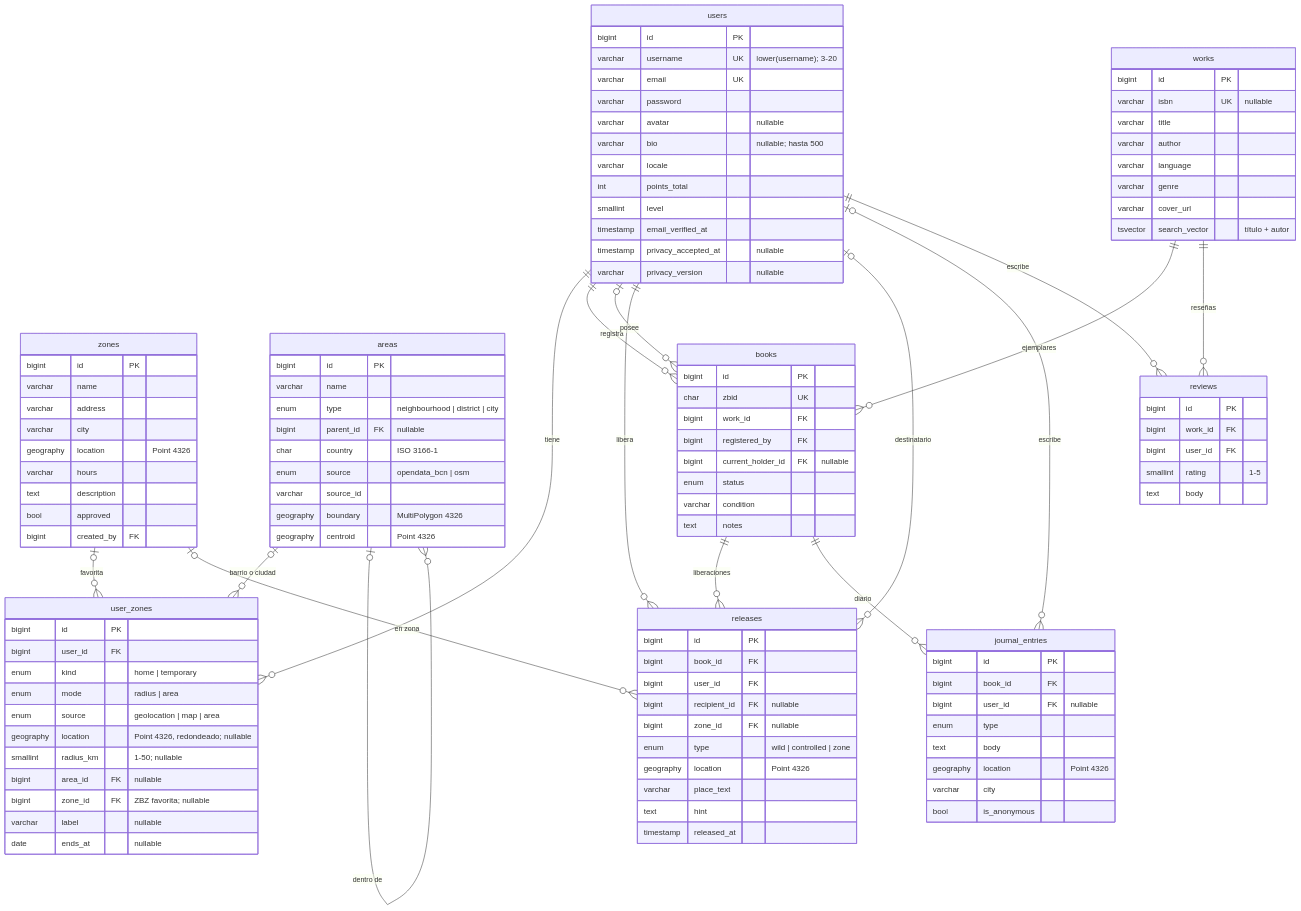
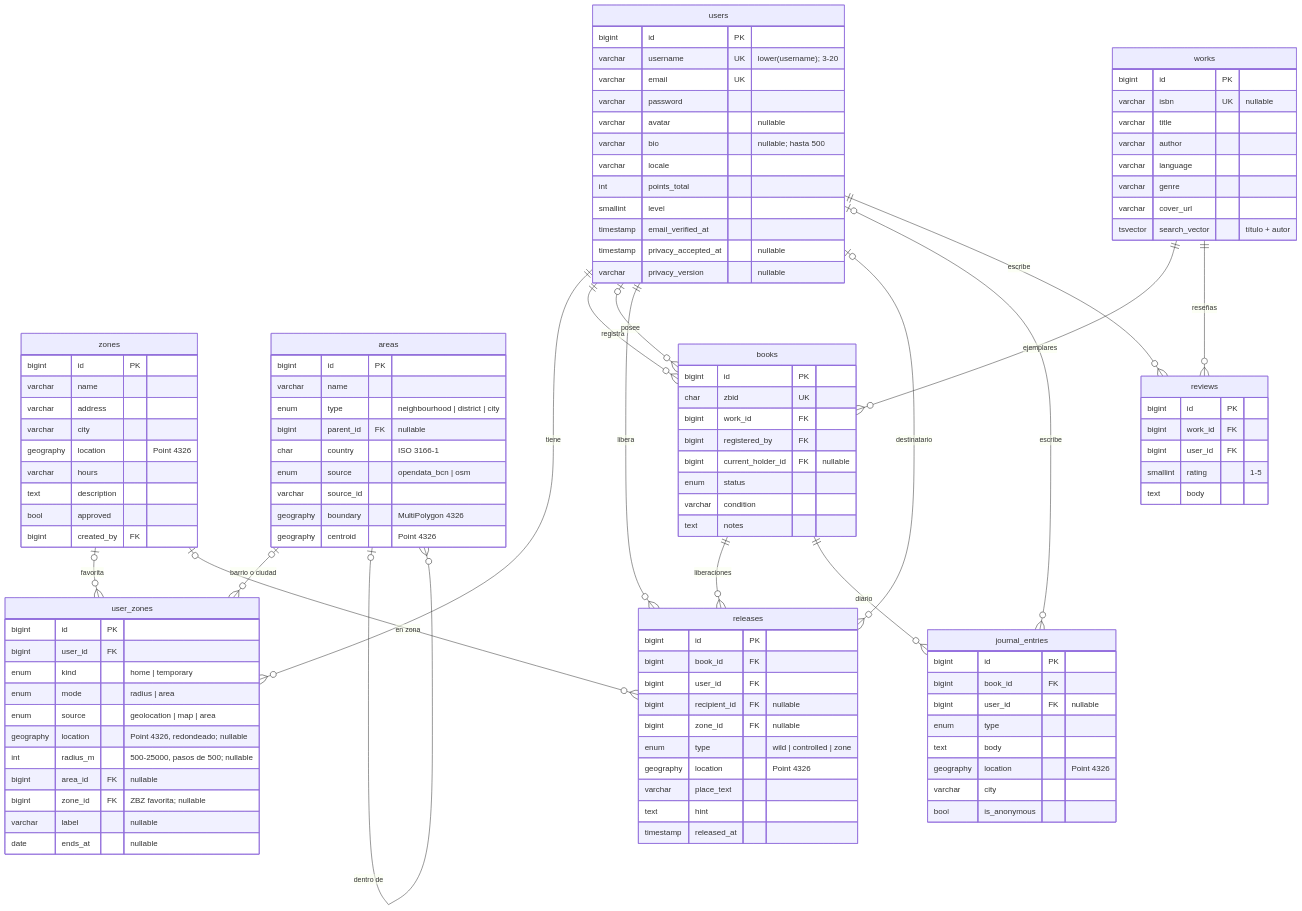
Before and after one commit to zStrikke/zBooks: the first of 5 diagrams in docs/diagramas/06-er.md, drawn with Mermaid. The commit also changed other lines of this file and 9 other files, not shown here.

First line of the commit message:
docs(zona): revisión del ADR-0013, ER, maquetas y diario con las distancias nuevas (#18)

```diff
--- a/docs/diagramas/06-er.md
+++ b/docs/diagramas/06-er.md
@@ -43,7 +43,7 @@
         enum mode "radius | area"
         enum source "geolocation | map | area"
         geography location "Point 4326, redondeado; nullable"
-        smallint radius_km "1-50; nullable"
+        int radius_m "500-25000, pasos de 500; nullable"
         bigint area_id FK "nullable"
         bigint zone_id FK "ZBZ favorita; nullable"
         varchar label "nullable"
```
